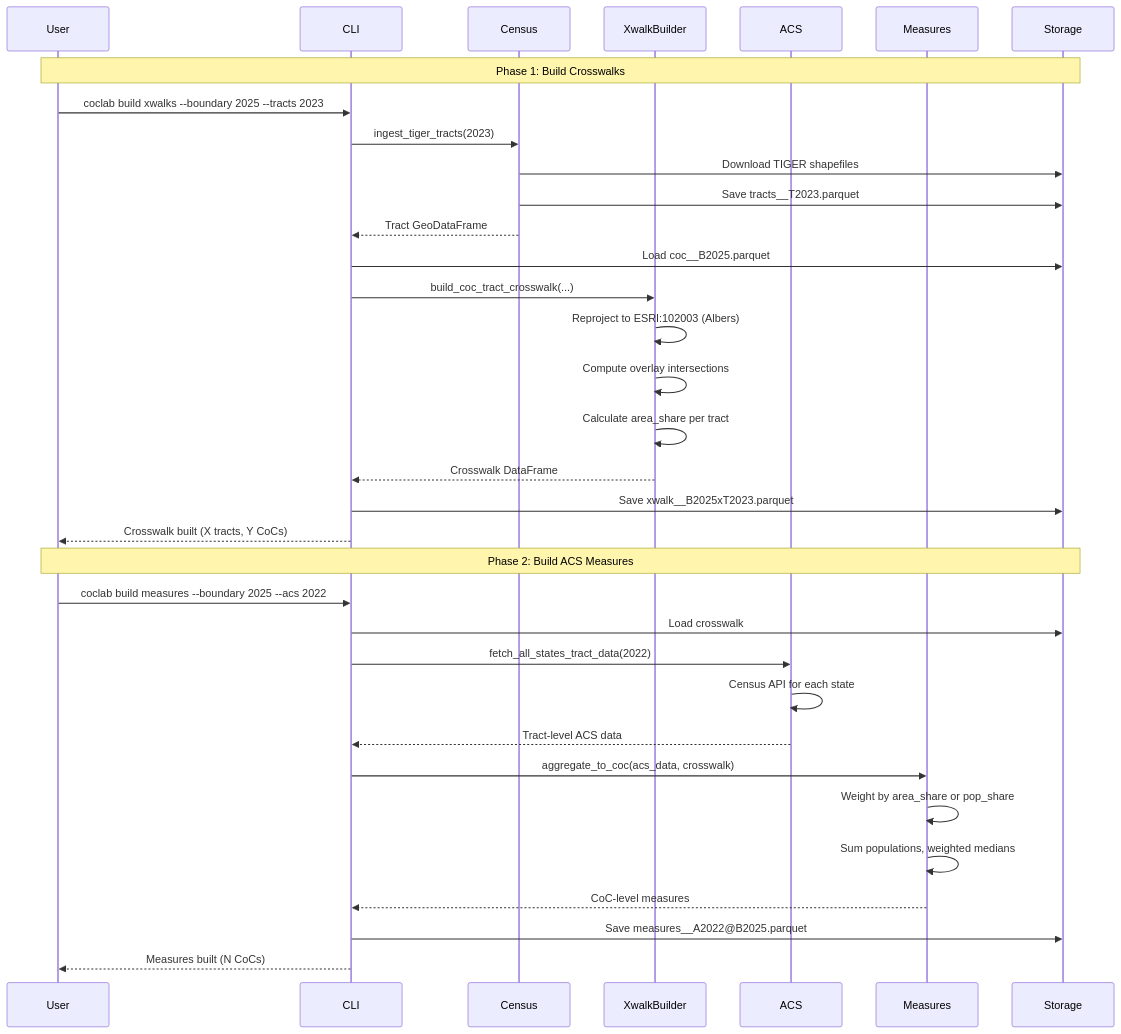
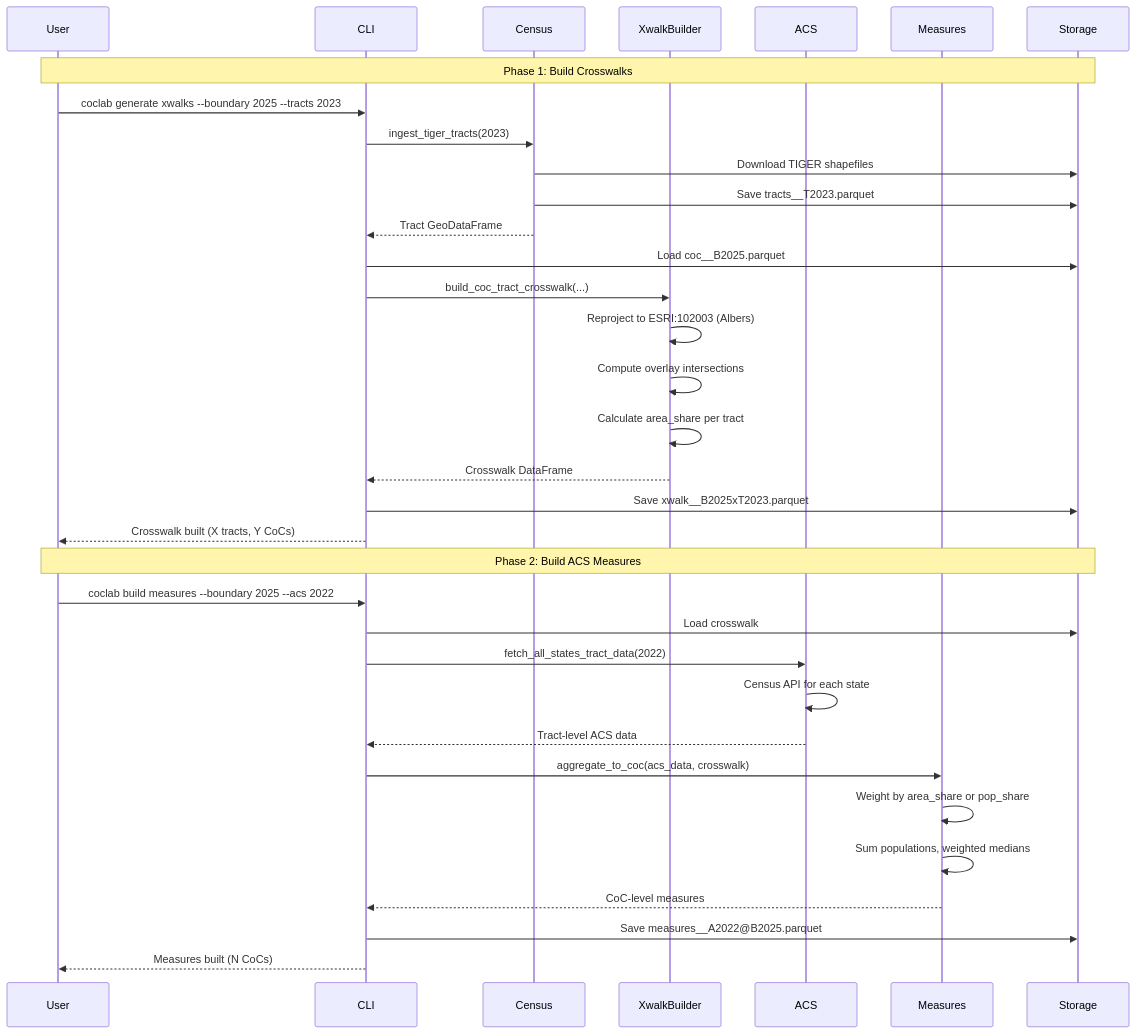
The fourth of 4 diagrams in manual-obsidian/08-Workflows.md (mlmcconnell1/HHP-Lab), drawn with Mermaid before and after one commit. The commit also changed other lines of this file and 16 other files, not shown here.

Commit message:
Move xwalks and catalog commands to generate group

````diff
--- a/manual-obsidian/08-Workflows.md
+++ b/manual-obsidian/08-Workflows.md
@@ -77,38 +77,38 @@
 ```mermaid
 sequenceDiagram
     participant User
     participant CLI
     participant Census
     participant XwalkBuilder
     participant ACS
     participant Measures
     participant Storage
 
     Note over User,Storage: Phase 1: Build Crosswalks
-    User->>CLI: coclab build xwalks --boundary 2025 --tracts 2023
+    User->>CLI: coclab generate xwalks --boundary 2025 --tracts 2023
     CLI->>Census: ingest_tiger_tracts(2023)
     Census->>Storage: Download TIGER shapefiles
     Census->>Storage: Save tracts__T2023.parquet
     Census-->>CLI: Tract GeoDataFrame
     CLI->>Storage: Load coc__B2025.parquet
     CLI->>XwalkBuilder: build_coc_tract_crosswalk(...)
     XwalkBuilder->>XwalkBuilder: Reproject to ESRI:102003 (Albers)
     XwalkBuilder->>XwalkBuilder: Compute overlay intersections
     XwalkBuilder->>XwalkBuilder: Calculate area_share per tract
     XwalkBuilder-->>CLI: Crosswalk DataFrame
     CLI->>Storage: Save xwalk__B2025xT2023.parquet
     CLI-->>User: Crosswalk built (X tracts, Y CoCs)
 
     Note over User,Storage: Phase 2: Build ACS Measures
     User->>CLI: coclab build measures --boundary 2025 --acs 2022
     CLI->>Storage: Load crosswalk
     CLI->>ACS: fetch_all_states_tract_data(2022)
     ACS->>ACS: Census API for each state
     ACS-->>CLI: Tract-level ACS data
     CLI->>Measures: aggregate_to_coc(acs_data, crosswalk)
     Measures->>Measures: Weight by area_share or pop_share
     Measures->>Measures: Sum populations, weighted medians
     Measures-->>CLI: CoC-level measures
     CLI->>Storage: Save measures__A2022@B2025.parquet
     CLI-->>User: Measures built (N CoCs)
 ```
````
